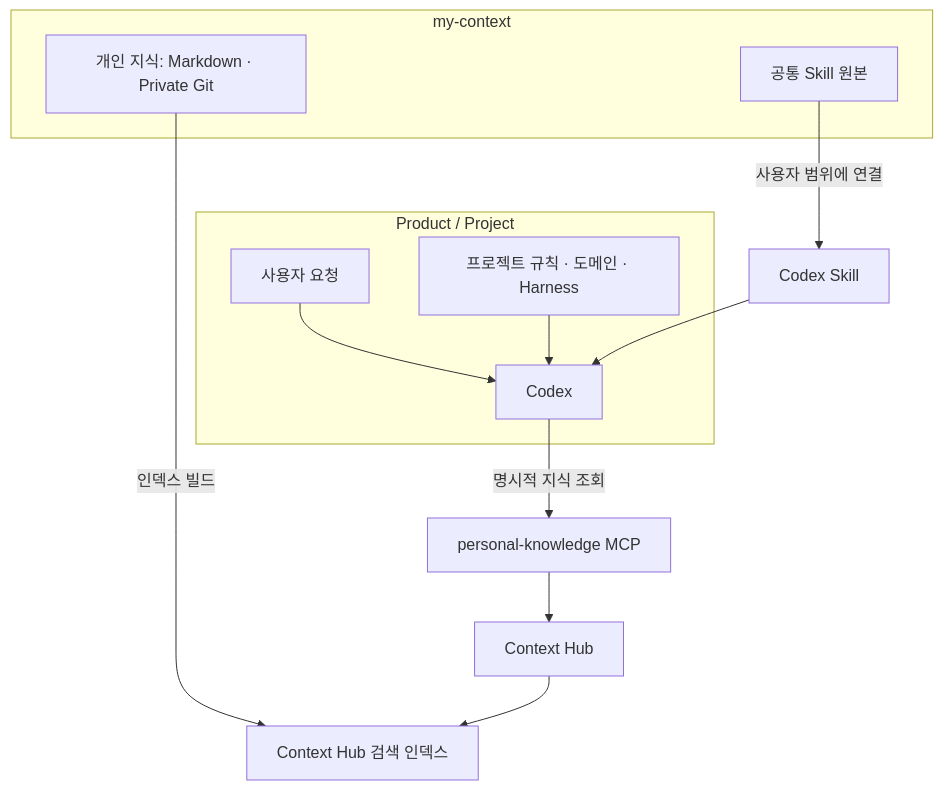
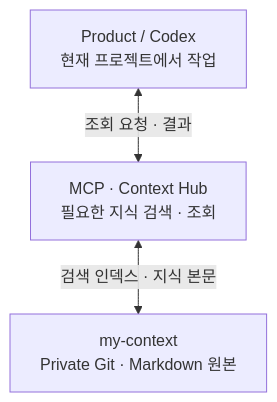
The diagram in README.md (SEONGMINY/my-context), drawn with Mermaid before and after one commit. The commit also changed other lines of this file, not shown here.

````diff
--- a/README.md
+++ b/README.md
@@ -37,19 +37,8 @@
 ```mermaid
 flowchart TB
-    subgraph Product["Product / Project"]
-        User["사용자 요청"] --> Codex["Codex"]
-        Rules["프로젝트 규칙 · 도메인 · Harness"] --> Codex
-    end
-
-    subgraph Context["my-context"]
-        Knowledge["개인 지식: Markdown · Private Git"]
-        Skills["공통 Skill 원본"]
-    end
-
-    Knowledge -->|"인덱스 빌드"| Index["Context Hub 검색 인덱스"]
-    Codex -->|"명시적 지식 조회"| MCP["personal-knowledge MCP"]
-    MCP --> Hub["Context Hub"]
-    Hub --> Index
-    Skills -->|"사용자 범위에 연결"| Loaded["Codex Skill"]
-    Loaded --> Codex
+    Product["Product / Codex<br/>현재 프로젝트에서 작업"]
+    MCP["MCP · Context Hub<br/>필요한 지식 검색 · 조회"]
+    Context["my-context<br/>Private Git · Markdown 원본"]
+    Product <-->|"조회 요청 · 결과"| MCP
+    MCP <-->|"검색 인덱스 · 지식 본문"| Context
 ```
````
